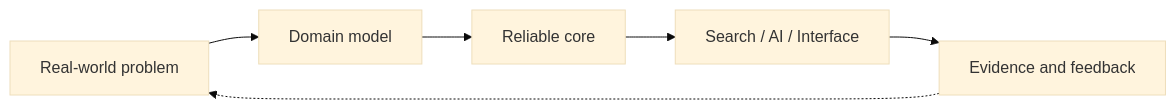
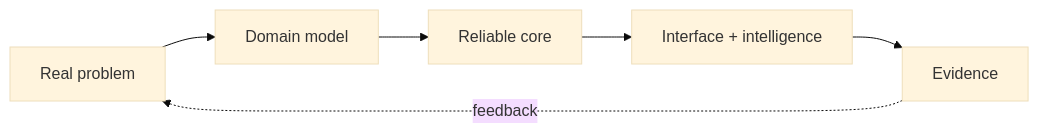
One commit to jeeva-m-21/jeeva-m-21 changed the diagram in README.md. Above: the diagram before and after it, drawn with Mermaid (base theme). The commit also changed other lines of this file, not shown here.

````diff
--- a/README.md
+++ b/README.md
@@ -91,8 +81,8 @@
 ```mermaid
 flowchart LR
-    A[Real-world problem] --> B[Domain model]
-    B --> C[Reliable core]
-    C --> D[Search / AI / Interface]
-    D --> E[Evidence and feedback]
-    E -.-> A
+    P[Real problem] --> M[Domain model]
+    M --> C[Reliable core]
+    C --> I[Interface + intelligence]
+    I --> E[Evidence]
+    E -. feedback .-> P
 ```
````
